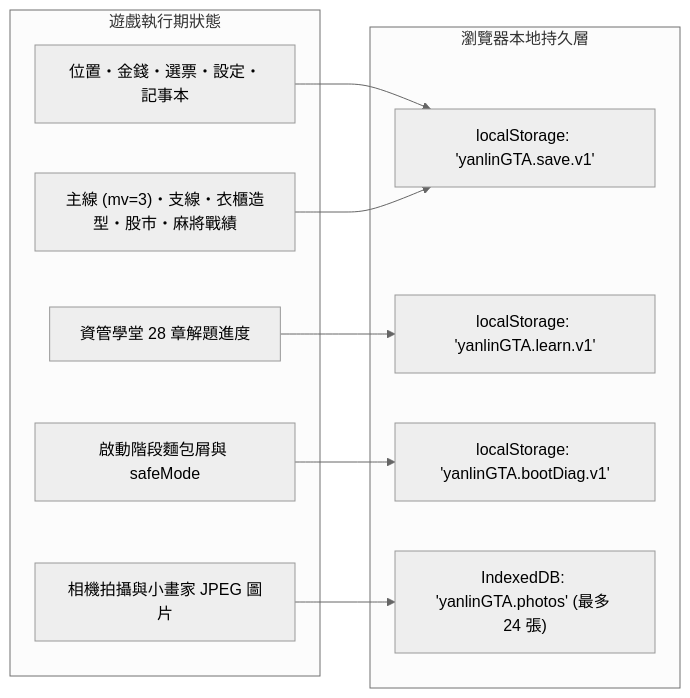
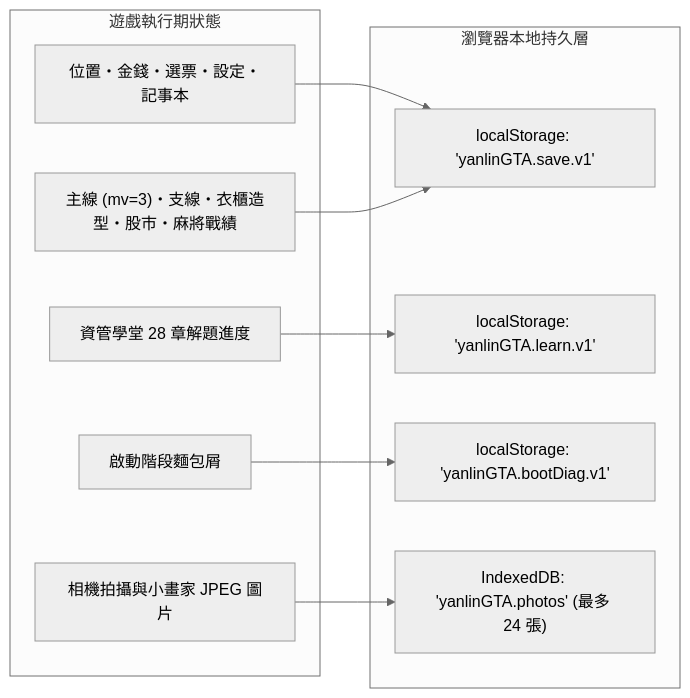
One commit to howardtuan/YanlinGTA changed the third of 3 diagrams in docs/specs/architecture.md. Above: the diagram before and after it, drawn with Mermaid (neutral theme). The commit also changed other lines of this file and 17 other files, not shown here.

First line of the commit message:
fix(core): 移除玩家端自動 safeMode，autoQuality 改為連續 6 秒 < 20 fps 且僅限純自動模式

````diff
--- a/docs/specs/architecture.md
+++ b/docs/specs/architecture.md
@@ -222,23 +219,23 @@
 ```mermaid
 flowchart LR
     subgraph Runtime["遊戲執行期狀態"]
         CoreState["位置・金錢・選票・設定・記事本"]
         Progress["主線 (mv=3)・支線・衣櫃造型・股市・麻將戰績"]
         LearnState["資管學堂 28 章解題進度"]
-        BootState["啟動階段麵包屑與 safeMode"]
+        BootState["啟動階段麵包屑"]
         AlbumState["相機拍攝與小畫家 JPEG 圖片"]
     end
 
     subgraph BrowserStorage["瀏覽器本地持久層"]
         SaveLS["localStorage: 'yanlinGTA.save.v1'"]
         LearnLS["localStorage: 'yanlinGTA.learn.v1'"]
         DiagLS["localStorage: 'yanlinGTA.bootDiag.v1'"]
         PhotoIDB["IndexedDB: 'yanlinGTA.photos' (最多 24 張)"]
     end
 
     CoreState --> SaveLS
     Progress --> SaveLS
     LearnState --> LearnLS
     BootState --> DiagLS
     AlbumState --> PhotoIDB
 ```
````
